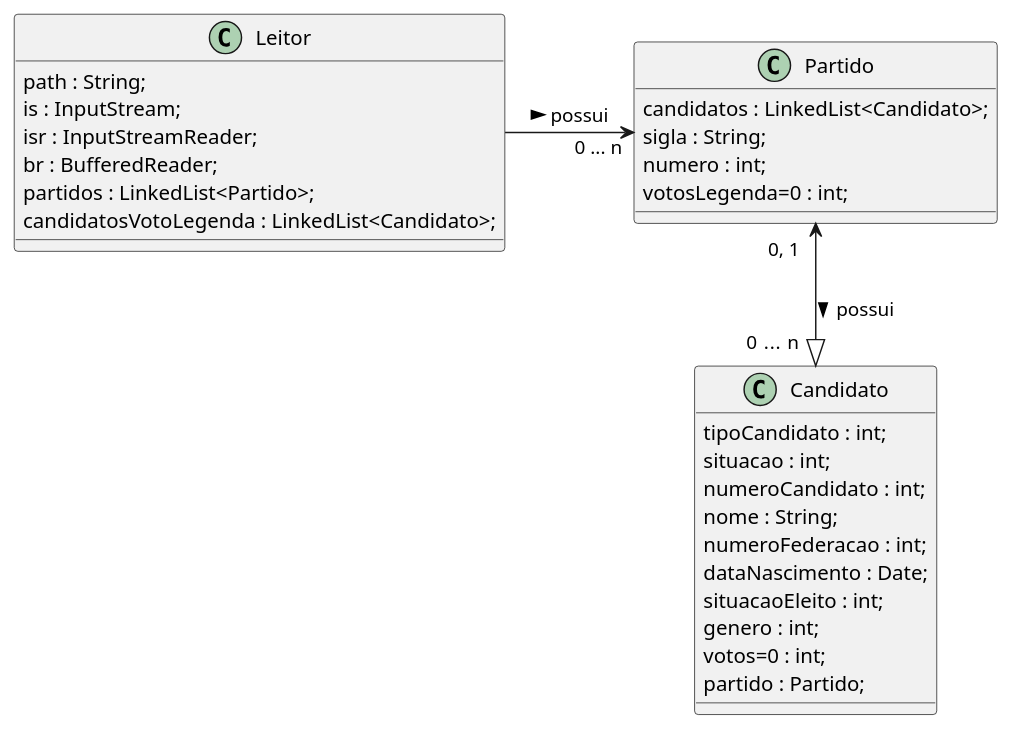
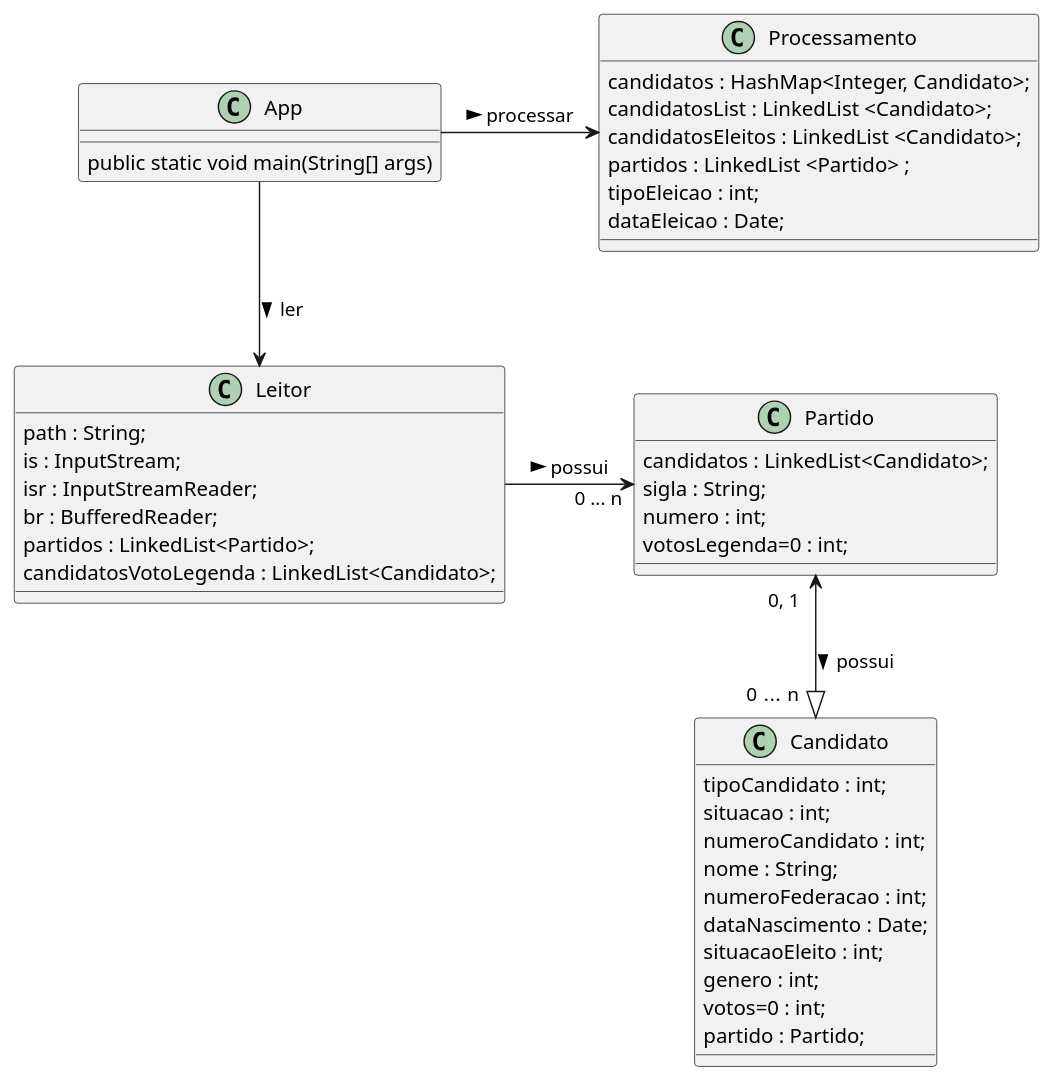
One commit to viniciuscole/Trabalho-POO-java changed the diagram in diagramas.puml. Above: the diagram before and after it, drawn with PlantUML.

Commit message:
upgrade on diagram

```diff
--- a/diagramas.puml
+++ b/diagramas.puml
@@ -1,34 +1,49 @@
 @startuml Sistema de votação
-Partido "0, 1   " <--|> "0 ...  n   " Candidato : possui >
 class Candidato
 {
     tipoCandidato : int;
     situacao : int;
     numeroCandidato : int;
     nome : String;
     numeroFederacao : int;
     dataNascimento : Date;
     situacaoEleito : int;
     genero : int;
     votos=0 : int;
     partido : Partido;
 }
 class Partido
 {
     candidatos : LinkedList<Candidato>;
     sigla : String;
     numero : int;
     votosLegenda=0 : int;
 }
 
-Leitor -> "0 ... n" Partido : possui >
 class Leitor
 {
     path : String;
     is : InputStream;
     isr : InputStreamReader;
     br : BufferedReader;
     partidos : LinkedList<Partido>;
     candidatosVotoLegenda : LinkedList<Candidato>;
 }
+class Processamento
+{
+    candidatos : HashMap<Integer, Candidato>;
+    candidatosList : LinkedList <Candidato>;
+    candidatosEleitos : LinkedList <Candidato>;
+    partidos : LinkedList <Partido> ;
+    tipoEleicao : int;
+    dataEleicao : Date;
+}
+Partido "0, 1   " <--|> "0 ...  n   " Candidato : possui >
+Leitor -> "0 ... n" Partido : possui >
+App --> Leitor : ler >
+App -> Processamento : processar >
+class App
+{
+    public static void main(String[] args)
+}
 @enduml
```
